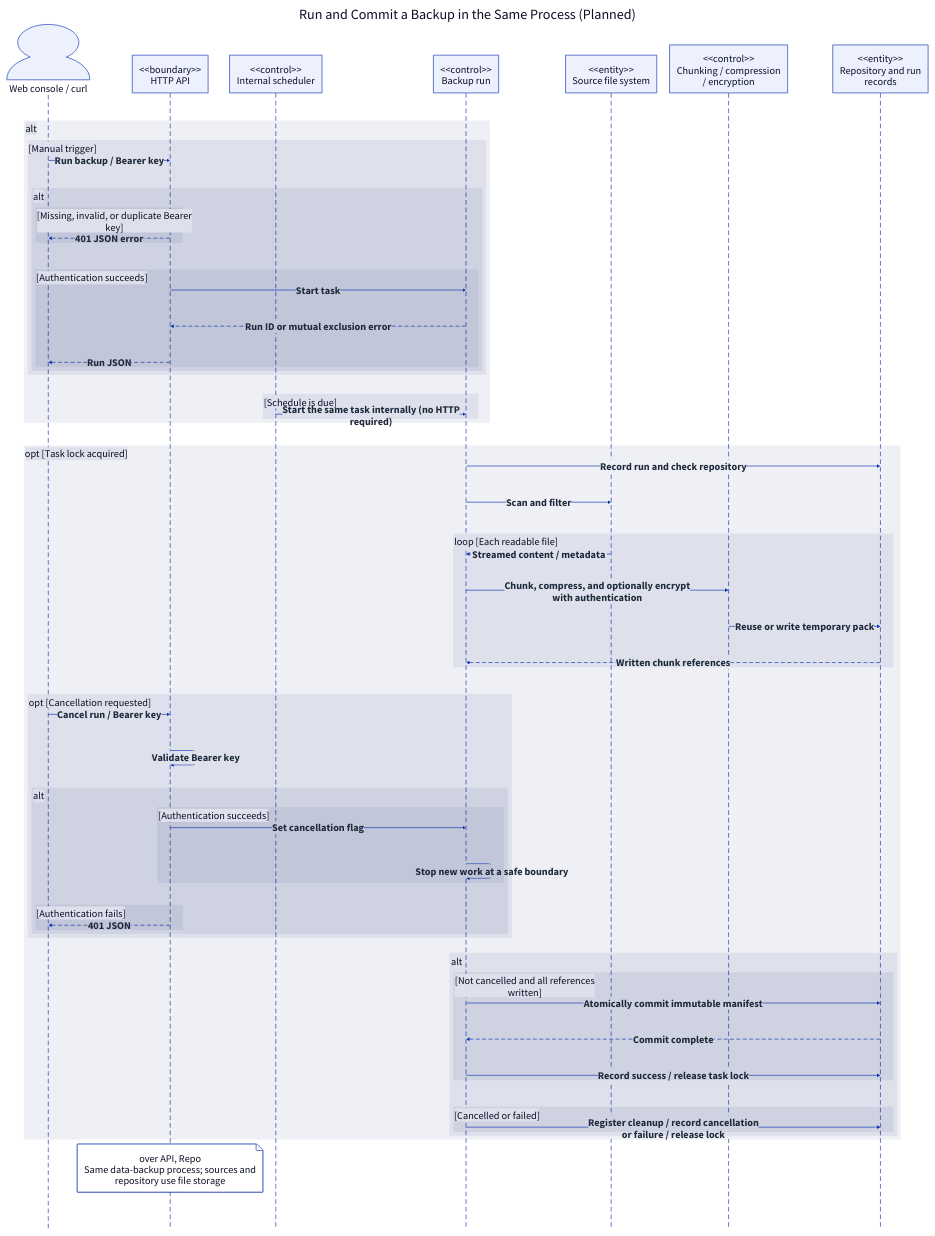
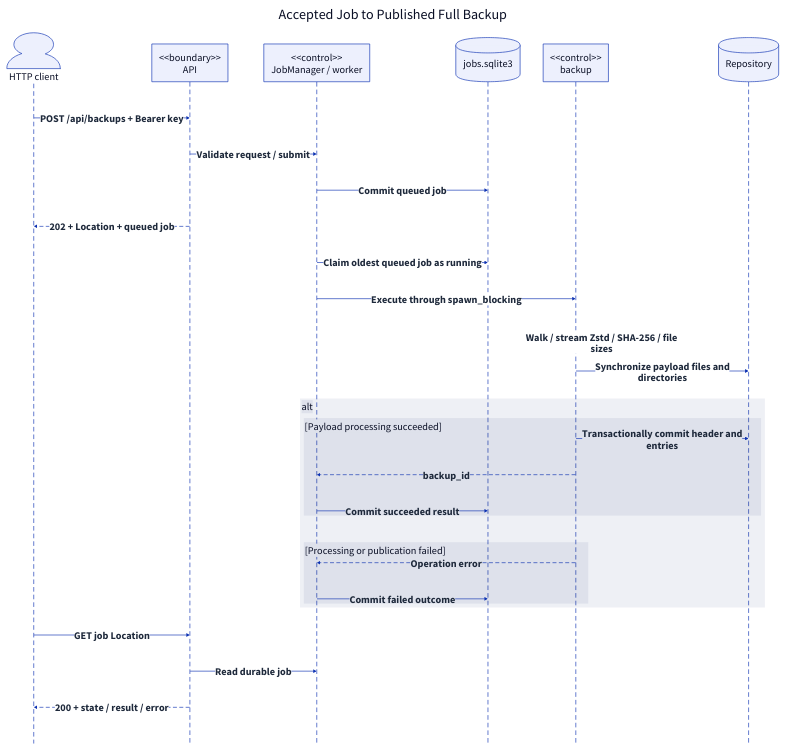
One commit to qi7876/software-development-exp changed the diagram in docs/report/generated/system-sequence-backup.d2. Above: the diagram before and after it, drawn with D2. The commit also changed 34 other files, not shown here.

```diff
--- a/docs/report/generated/system-sequence-backup.d2
+++ b/docs/report/generated/system-sequence-backup.d2
@@ -1,71 +1,40 @@
 # Generated from docs/report/model.yaml; do not edit directly.
 direction: down
 **.style.font-size: 32
 (** -> **)[*].style: {font-size: 32; bold: true; italic: false; font-color: "#1E293B"}
 (** -- **)[*].style: {font-size: 32; bold: true; italic: false; font-color: "#1E293B"}
 (** <- **)[*].style: {font-size: 32; bold: true; italic: false; font-color: "#1E293B"}
-diagram: "Run and Commit a Backup in the Same Process (Planned)" {
+diagram: "Accepted Job to Published Full Backup" {
   style.font-size: 44
   style.fill: white
   style.stroke: transparent
   shape: sequence_diagram
-  Client: "Web console / curl" {shape: person}
-  API: "<<boundary>>\nHTTP API" {shape: rectangle}
-  Scheduler: "<<control>>\nInternal scheduler" {shape: rectangle}
-  Backup: "<<control>>\nBackup run" {shape: rectangle}
-  Source: "<<entity>>\nSource file system" {shape: rectangle}
-  Pipeline: "<<control>>\nChunking / compression\n/ encryption" {shape: rectangle}
-  Repo: "<<entity>>\nRepository and run\nrecords" {shape: rectangle}
-  API.note_0: "over API, Repo\nSame data-backup process; sources and\nrepository use file storage"
-  fragment_1: alt {
-    branch_1: "[Manual trigger]" {
-      Client -> API: "Run backup / Bearer key"
-      fragment_3: alt {
-        branch_3: "[Missing, invalid, or duplicate Bearer\nkey]" {
-          API -> Client: "401 JSON error" {style.stroke-dash: 5}
-        }
-        branch_5: "[Authentication succeeds]" {
-          API -> Backup: "Start task"
-          Backup -> API: "Run ID or mutual exclusion error" {style.stroke-dash: 5}
-          API -> Client: "Run JSON" {style.stroke-dash: 5}
-        }
-      }
+  Client: "HTTP client" {shape: person}
+  API: "<<boundary>>\nAPI" {shape: rectangle}
+  Jobs: "<<control>>\nJobManager / worker" {shape: rectangle}
+  DB: "jobs.sqlite3" {shape: cylinder}
+  Backup: "<<control>>\nbackup" {shape: rectangle}
+  Repo: "Repository" {shape: cylinder}
+  Client -> API: "POST /api/backups + Bearer key"
+  API -> Jobs: "Validate request / submit"
+  Jobs -> DB: "Commit queued job"
+  API -> Client: "202 + Location + queued job" {style.stroke-dash: 5}
+  Jobs -> DB: "Claim oldest queued job as running"
+  Jobs -> Backup: "Execute through spawn_blocking"
+  Backup -> Backup: "Walk / stream Zstd / SHA-256 / file\nsizes"
+  Backup -> Repo: "Synchronize payload files and\ndirectories"
+  fragment_8: alt {
+    branch_8: "[Payload processing succeeded]" {
+      Backup -> Repo: "Transactionally commit header and\nentries"
+      Backup -> Jobs: "backup_id" {style.stroke-dash: 5}
+      Jobs -> DB: "Commit succeeded result"
     }
-    branch_10: "[Schedule is due]" {
-      Scheduler -> Backup: "Start the same task internally (no HTTP\nrequired)"
+    branch_12: "[Processing or publication failed]" {
+      Backup -> Jobs: "Operation error" {style.stroke-dash: 5}
+      Jobs -> DB: "Commit failed outcome"
     }
   }
-  fragment_13: "opt [Task lock acquired]" {
-    Backup -> Repo: "Record run and check repository"
-    Backup -> Source: "Scan and filter"
-    fragment_16: "loop [Each readable file]" {
-      Source -> Backup: "Streamed content / metadata" {style.stroke-dash: 5}
-      Backup -> Pipeline: "Chunk, compress, and optionally encrypt\nwith authentication"
-      Pipeline -> Repo: "Reuse or write temporary pack"
-      Repo -> Backup: "Written chunk references" {style.stroke-dash: 5}
-    }
-    fragment_22: "opt [Cancellation requested]" {
-      Client -> API: "Cancel run / Bearer key"
-      API -> API: "Validate Bearer key"
-      fragment_25: alt {
-        branch_25: "[Authentication succeeds]" {
-          API -> Backup: "Set cancellation flag"
-          Backup -> Backup: "Stop new work at a safe boundary"
-        }
-        branch_28: "[Authentication fails]" {
-          API -> Client: "401 JSON" {style.stroke-dash: 5}
-        }
-      }
-    }
-    fragment_32: alt {
-      branch_32: "[Not cancelled and all references\nwritten]" {
-        Backup -> Repo: "Atomically commit immutable manifest"
-        Repo -> Backup: "Commit complete" {style.stroke-dash: 5}
-        Backup -> Repo: "Record success / release task lock"
-      }
-      branch_36: "[Cancelled or failed]" {
-        Backup -> Repo: "Register cleanup / record cancellation\nor failure / release lock"
-      }
-    }
-  }
+  Client -> API: "GET job Location"
+  API -> Jobs: "Read durable job"
+  API -> Client: "200 + state / result / error" {style.stroke-dash: 5}
 }
```
